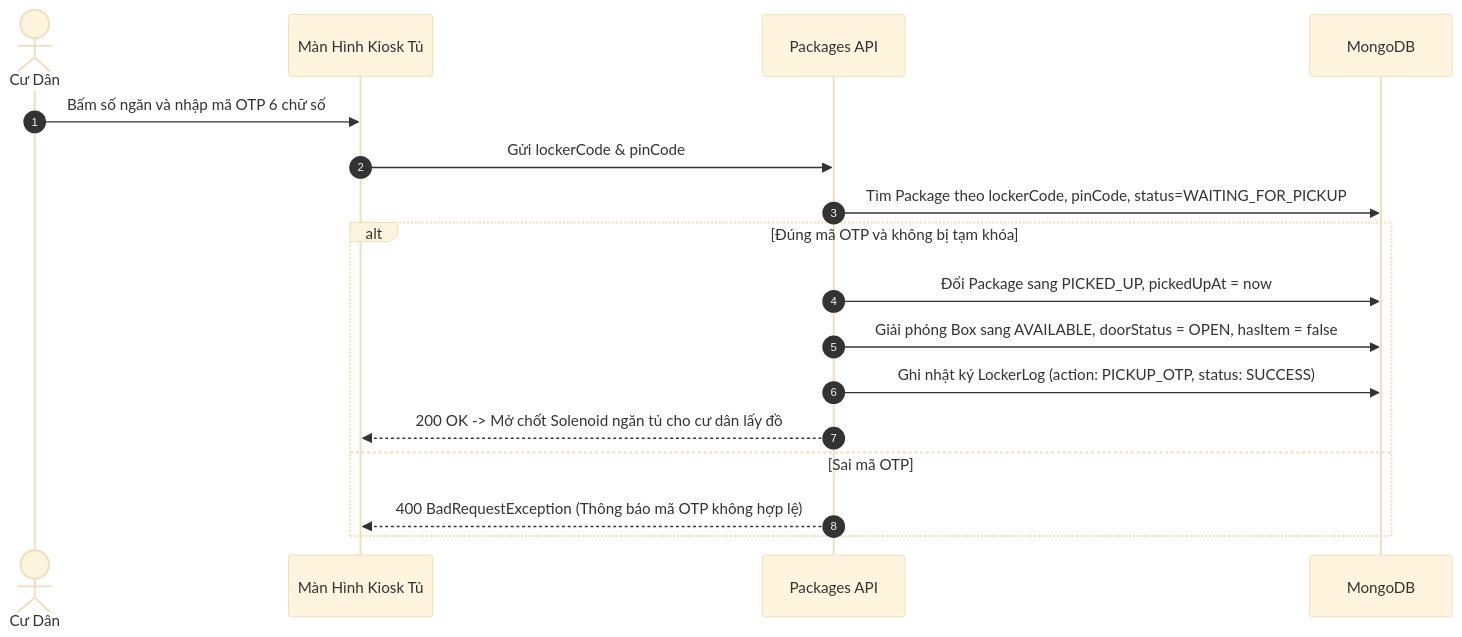
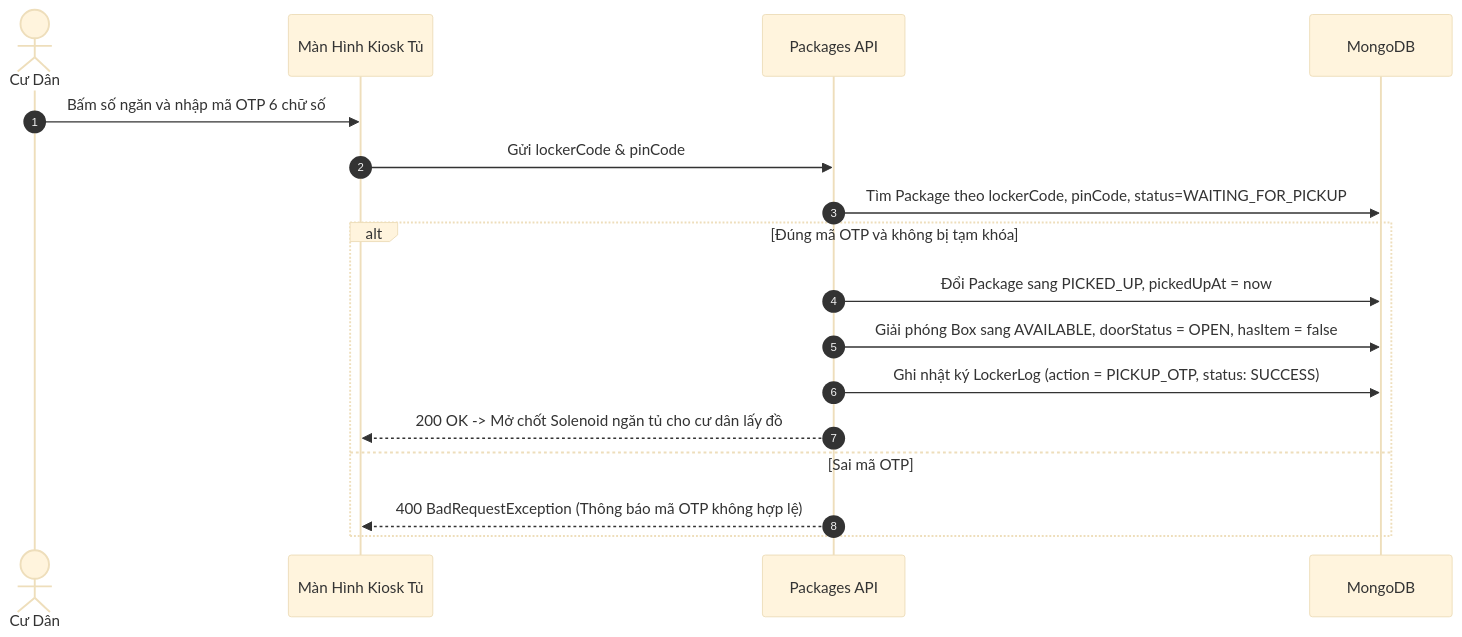
The third of 4 diagrams in src/packages/packages.md (xuanphat0505/smart-locker-server), drawn with Mermaid (base theme) before and after one commit. The commit also changed other lines of this file and 15 other files, not shown here.

````diff
--- a/src/packages/packages.md
+++ b/src/packages/packages.md
@@ -106,20 +108,20 @@
 ```mermaid
 sequenceDiagram
     autonumber
     actor Resident as Cư Dân
     participant Kiosk as Màn Hình Kiosk Tủ
     participant API as Packages API
     participant DB as MongoDB
 
     Resident->>Kiosk: Bấm số ngăn và nhập mã OTP 6 chữ số
     Kiosk->>API: Gửi lockerCode & pinCode
     API->>DB: Tìm Package theo lockerCode, pinCode, status=WAITING_FOR_PICKUP
     alt Đúng mã OTP và không bị tạm khóa
         API->>DB: Đổi Package sang PICKED_UP, pickedUpAt = now
         API->>DB: Giải phóng Box sang AVAILABLE, doorStatus = OPEN, hasItem = false
-        API->>DB: Ghi nhật ký LockerLog (action: PICKUP_OTP, status: SUCCESS)
+        API->>DB: Ghi nhật ký LockerLog (action = PICKUP_OTP, status: SUCCESS)
         API-->>Kiosk: 200 OK -> Mở chốt Solenoid ngăn tủ cho cư dân lấy đồ
     else Sai mã OTP
         API-->>Kiosk: 400 BadRequestException (Thông báo mã OTP không hợp lệ)
     end
 ```
````
